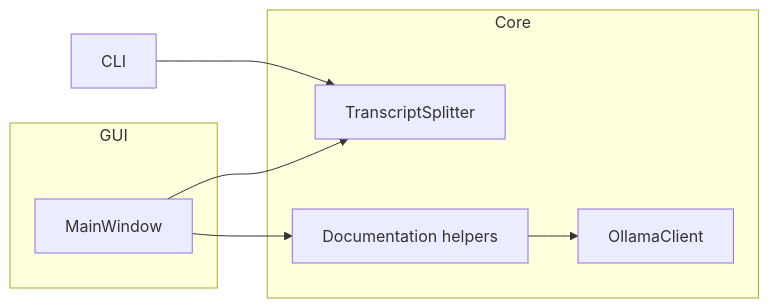
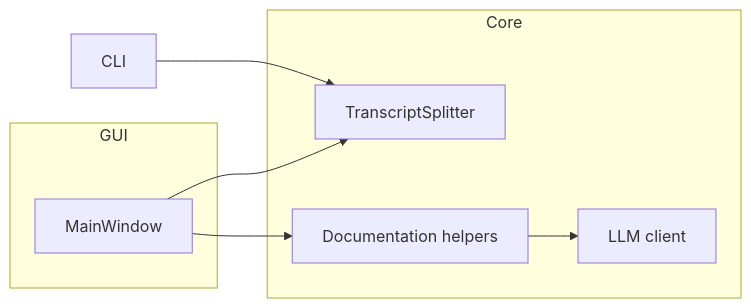
One commit to CagriCatik/Docalypt changed the diagram in docs/ARCHITECTURE.md. Above: the diagram before and after it, drawn with Mermaid. The commit also changed other lines of this file and 14 other files, not shown here.

````diff
--- a/docs/ARCHITECTURE.md
+++ b/docs/ARCHITECTURE.md
@@ -13,19 +14,19 @@
 ```mermaid
 graph LR
     subgraph Core
         S[TranscriptSplitter]
         D[Documentation helpers]
-        O[OllamaClient]
+        O[LLM client]
     end
 
     subgraph GUI
         MW[MainWindow]
     end
 
     CLI[CLI]
 
     CLI --> S
     MW --> S
     MW --> D
     D --> O
 ```
````
